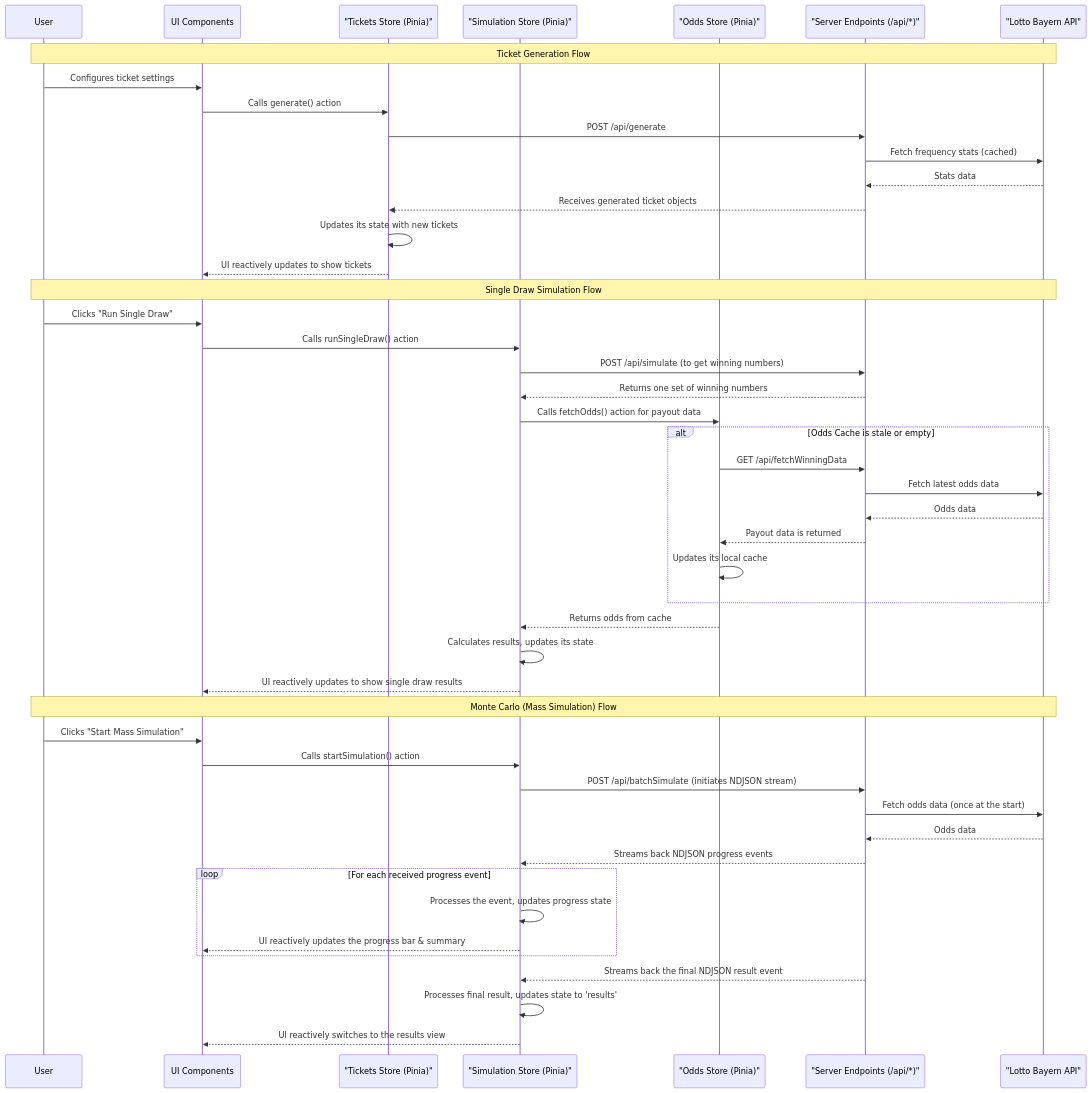
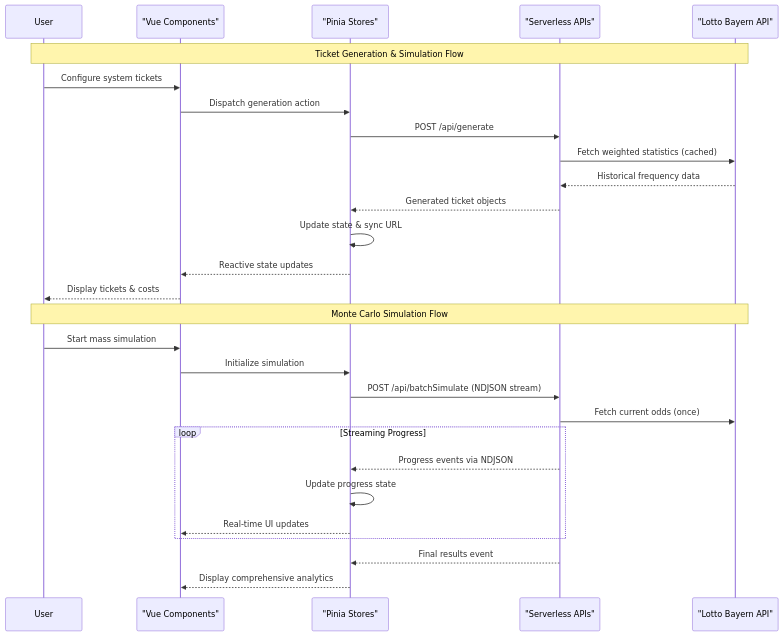
Before and after one commit to valentinvieriu/EuroJackpotGenerator: the diagram in ai_docs/ARCHITECTURE.md, drawn with Mermaid. The commit also changed other lines of this file and 1 other file, not shown here.

Commit message:
Updated PRD and ARchitecture

````diff
--- a/ai_docs/ARCHITECTURE.md
+++ b/ai_docs/ARCHITECTURE.md
@@ -20,55 +17,34 @@
 ```mermaid
 sequenceDiagram
     participant User
-    participant UI Components
-    participant TicketsStore as "Tickets Store (Pinia)"
-    participant SimStore as "Simulation Store (Pinia)"
-    participant OddsStore as "Odds Store (Pinia)"
-    participant Server as "Server Endpoints (/api/*)"
-    participant LottoBayern as "Lotto Bayern API"
+    participant Frontend as "Vue Components"
+    participant Store as "Pinia Stores"
+    participant API as "Serverless APIs"
+    participant External as "Lotto Bayern API"
 
-    Note over User, LottoBayern: Ticket Generation Flow
-    User->>UI Components: Configures ticket settings
-    UI Components->>TicketsStore: Calls generate() action
-    TicketsStore->>Server: POST /api/generate
-    Server->>LottoBayern: Fetch frequency stats (cached)
-    LottoBayern-->>Server: Stats data
-    Server-->>TicketsStore: Receives generated ticket objects
-    TicketsStore->>TicketsStore: Updates its state with new tickets
-    TicketsStore-->>UI Components: UI reactively updates to show tickets
+    Note over User, External: Ticket Generation & Simulation Flow
+    User->>Frontend: Configure system tickets
+    Frontend->>Store: Dispatch generation action
+    Store->>API: POST /api/generate
+    API->>External: Fetch weighted statistics (cached)
+    External-->>API: Historical frequency data
+    API-->>Store: Generated ticket objects
+    Store->>Store: Update state & sync URL
+    Store-->>Frontend: Reactive state updates
+    Frontend-->>User: Display tickets & costs
 
-    Note over User, LottoBayern: Single Draw Simulation Flow
-    User->>UI Components: Clicks "Run Single Draw"
-    UI Components->>SimStore: Calls runSingleDraw() action
-    SimStore->>Server: POST /api/simulate (to get winning numbers)
-    Server-->>SimStore: Returns one set of winning numbers
-    SimStore->>OddsStore: Calls fetchOdds() action for payout data
+    Note over User, External: Monte Carlo Simulation Flow
+    User->>Frontend: Start mass simulation
+    Frontend->>Store: Initialize simulation
+    Store->>API: POST /api/batchSimulate (NDJSON stream)
+    API->>External: Fetch current odds (once)
 
-    alt Odds Cache is stale or empty
-        OddsStore->>Server: GET /api/fetchWinningData
-        Server->>LottoBayern: Fetch latest odds data
-        LottoBayern-->>Server: Odds data
-        Server-->>OddsStore: Payout data is returned
-        OddsStore->>OddsStore: Updates its local cache
+    loop Streaming Progress
+        API-->>Store: Progress events via NDJSON
+        Store->>Store: Update progress state
+        Store-->>Frontend: Real-time UI updates
     end
-    OddsStore-->>SimStore: Returns odds from cache
 
-    SimStore->>SimStore: Calculates results, updates its state
-    SimStore-->>UI Components: UI reactively updates to show single draw results
-
-    Note over User, LottoBayern: Monte Carlo (Mass Simulation) Flow
-    User->>UI Components: Clicks "Start Mass Simulation"
-    UI Components->>SimStore: Calls startSimulation() action
-    SimStore->>Server: POST /api/batchSimulate (initiates NDJSON stream)
-    Server->>LottoBayern: Fetch odds data (once at the start)
-    LottoBayern-->>Server: Odds data
-    Server-->>SimStore: Streams back NDJSON progress events
-
-    loop For each received progress event
-        SimStore->>SimStore: Processes the event, updates progress state
-        SimStore-->>UI Components: UI reactively updates the progress bar & summary
-    end
-    Server-->>SimStore: Streams back the final NDJSON result event
-    SimStore->>SimStore: Processes final result, updates state to 'results'
-    SimStore-->>UI Components: UI reactively switches to the results view
+    API-->>Store: Final results event
+    Store-->>Frontend: Display comprehensive analytics
 ```
````
